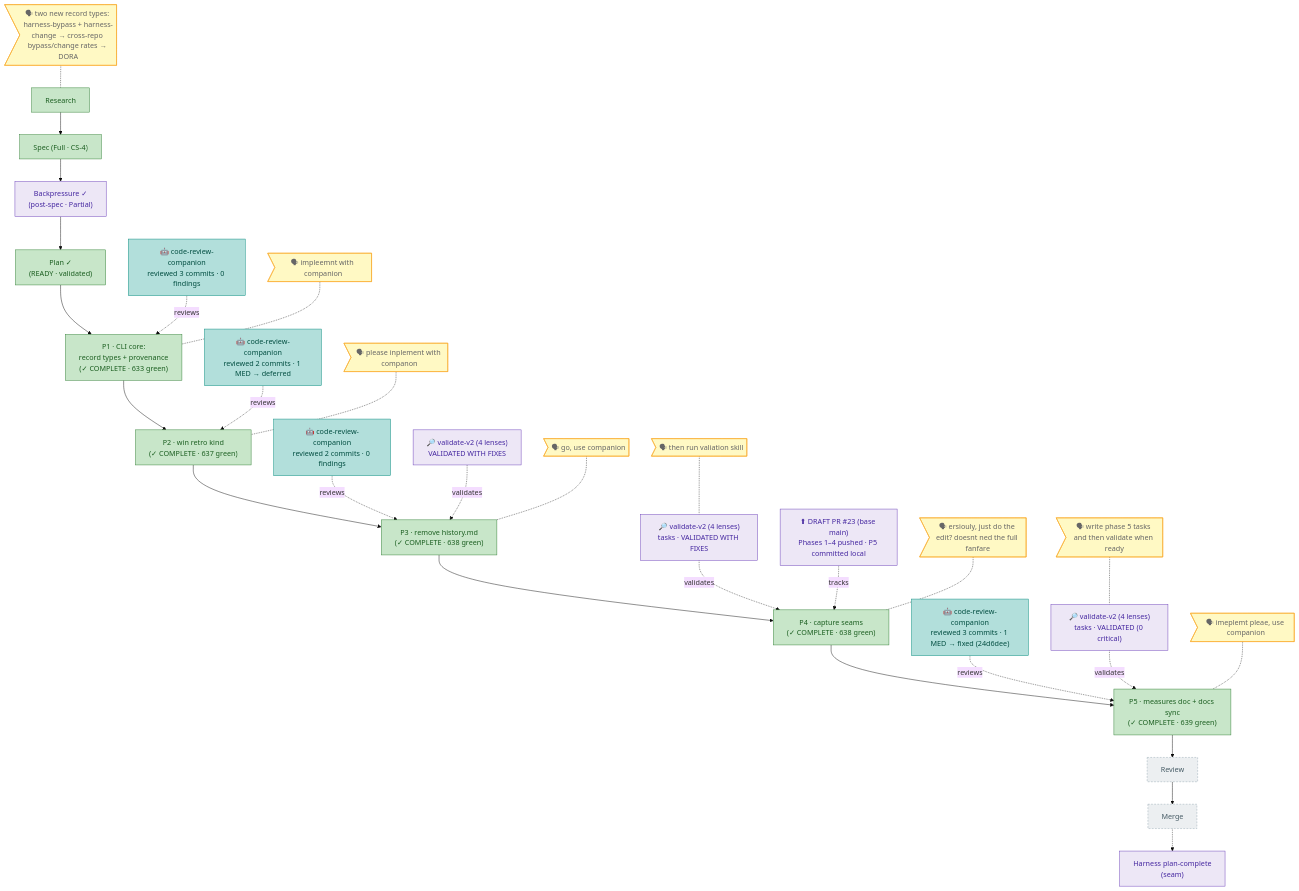
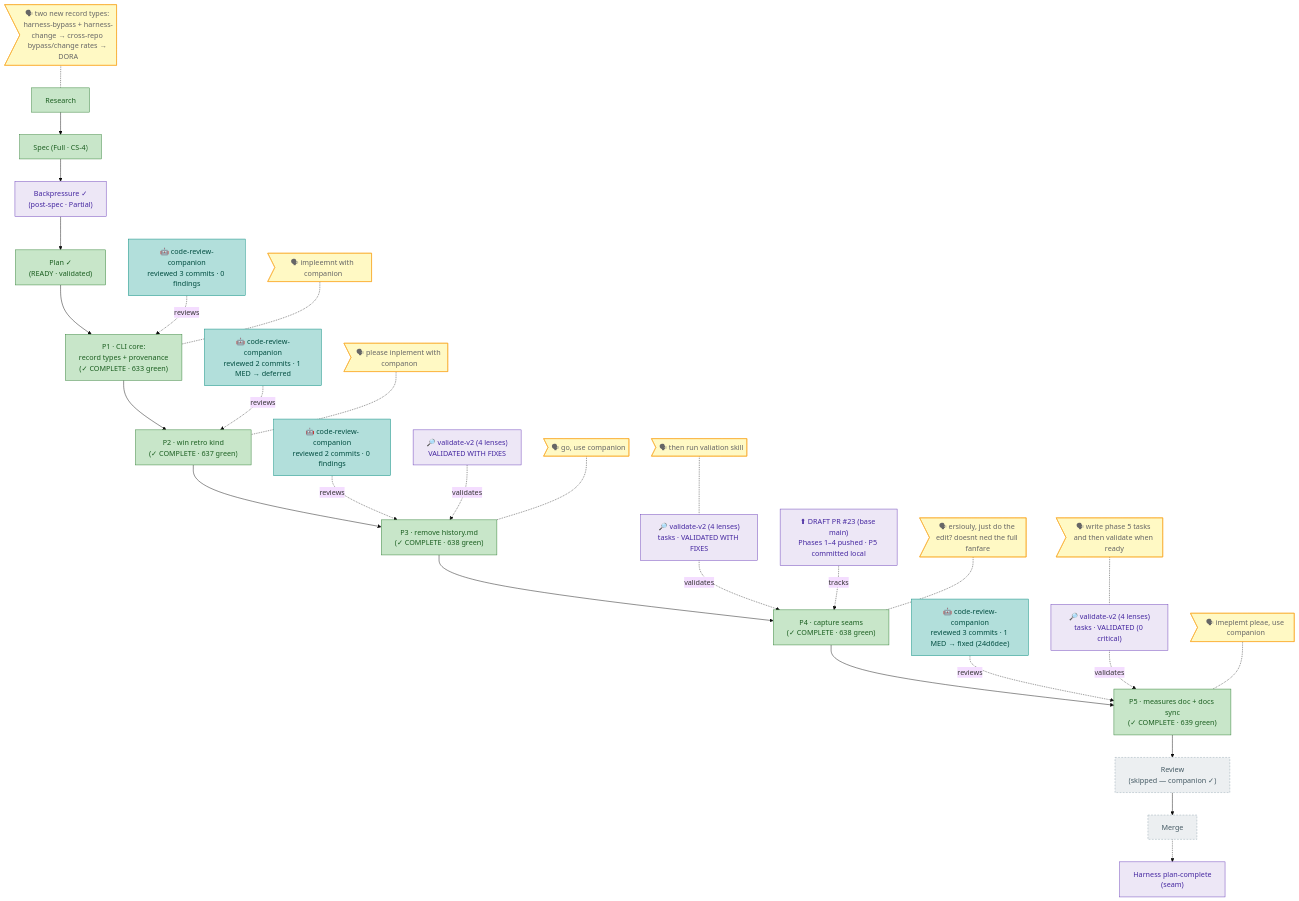
One commit to AI-Substrate/harness-engineering changed the diagram in docs/plans/020-harness-bypass-change-records/the-flow.md. Above: the diagram before and after it, drawn with Mermaid (base theme). The commit also changed other lines of this file and 2 other files, not shown here.

Commit message:
chore(020): route past review to merge (companion supersedes review)
Review stage skipped by decision — the code-review-companion reviewed every commit live for Phases 1/2/3/5 (the Graph's supersede-review decoration) and Phase 4 was prose that passed its own gate. Flight plan cursor + pending_command now point at merge; the holistic whole-PR view happens in the merge stage.

````diff
--- a/docs/plans/020-harness-bypass-change-records/the-flow.md
+++ b/docs/plans/020-harness-bypass-change-records/the-flow.md
@@ -4,78 +4,78 @@
 ```mermaid
 flowchart TD
   classDef done fill:#C8E6C9,stroke:#2E7D32,color:#1B5E20;
   classDef wip fill:#FFE0B2,stroke:#EF6C00,color:#E65100;
   classDef blocked fill:#FFCDD2,stroke:#C62828,color:#B71C1C;
   classDef known fill:#BBDEFB,stroke:#1565C0,color:#0D47A1;
   classDef assumed fill:#ECEFF1,stroke:#90A4AE,color:#455A64,stroke-dasharray:4 3;
   classDef said fill:#FFF9C4,stroke:#F9A825,color:#666;
   classDef harness fill:#EDE7F6,stroke:#673AB7,color:#4527A0;
   classDef companion fill:#B2DFDB,stroke:#00897B,color:#004D40;
 
   research["Research"]:::done
   spec["Spec (Full · CS-4)"]:::done
   bp["Backpressure ✓<br/>(post-spec · Partial)"]:::harness
   plan["Plan ✓<br/>(READY · validated)"]:::done
   p1["P1 · CLI core:<br/>record types + provenance<br/>(✓ COMPLETE · 633 green)"]:::done
   p2["P2 · win retro kind<br/>(✓ COMPLETE · 637 green)"]:::done
   p3["P3 · remove history.md<br/>(✓ COMPLETE · 638 green)"]:::done
   p4["P4 · capture seams<br/>(✓ COMPLETE · 638 green)"]:::done
   p5["P5 · measures doc + docs sync<br/>(✓ COMPLETE · 639 green)"]:::done
-  review["Review"]:::assumed
+  review["Review<br/>(skipped — companion ✓)"]:::assumed
   merge["Merge"]:::assumed
   hh["Harness plan-complete<br/>(seam)"]:::harness
 
   research --> spec
   spec --> bp
   bp --> plan
   plan --> p1 --> p2 --> p3 --> p4 --> p5 --> review --> merge
   merge -.-> hh
 
   crc["🤖 code-review-companion<br/>reviewed 3 commits · 0 findings"]:::companion
   crc -. reviews .-> p1
 
   crc2["🤖 code-review-companion<br/>reviewed 2 commits · 1 MED → deferred"]:::companion
   crc2 -. reviews .-> p2
 
   crc3["🤖 code-review-companion<br/>reviewed 2 commits · 0 findings"]:::companion
   crc3 -. reviews .-> p3
 
   crc5["🤖 code-review-companion<br/>reviewed 3 commits · 1 MED → fixed (24d6dee)"]:::companion
   crc5 -. reviews .-> p5
 
   vv3["🔎 validate-v2 (4 lenses)<br/>VALIDATED WITH FIXES"]:::harness
   vv3 -. validates .-> p3
 
   vv4["🔎 validate-v2 (4 lenses)<br/>tasks · VALIDATED WITH FIXES"]:::harness
   vv4 -. validates .-> p4
 
   vv5["🔎 validate-v2 (4 lenses)<br/>tasks · VALIDATED (0 critical)"]:::harness
   vv5 -. validates .-> p5
 
   pr["⬆ DRAFT PR #23 (base main)<br/>Phases 1–4 pushed · P5 committed local"]:::harness
   pr -. tracks .-> p4
 
   say_p1>"🗣 impleemnt with companion"]:::said
   say_p1 -.- p1
 
   say_p2>"🗣 please inplement with companon"]:::said
   say_p2 -.- p2
 
   say_p3>"🗣 go, use companion"]:::said
   say_p3 -.- p3
 
   say_p4>"🗣 ersiouly, just do the edit? doesnt ned the full fanfare"]:::said
   say_p4 -.- p4
 
   say_p5>"🗣 imeplemt pleae, use companion"]:::said
   say_p5 -.- p5
 
   say_vv5>"🗣 write phase 5 tasks and then validate when ready"]:::said
   say_vv5 -.- vv5
 
   say_vv4>"🗣 then run valiation skill"]:::said
   say_vv4 -.- vv4
 
   say_research>"🗣 two new record types: harness-bypass + harness-change → cross-repo bypass/change rates → DORA"]:::said
   say_research -.- research
 ```
````
